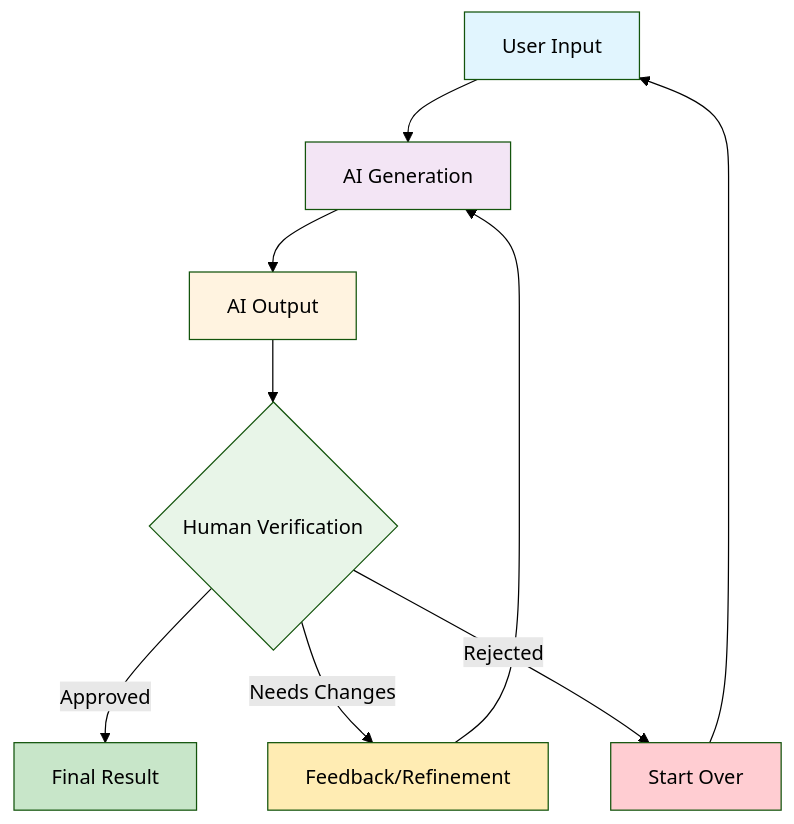
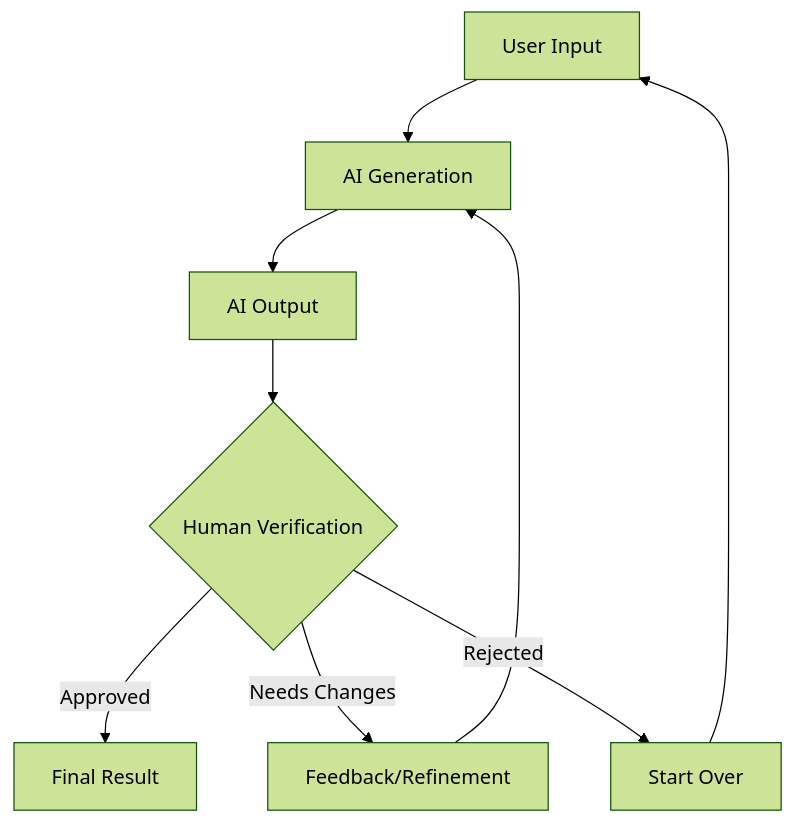
One commit to towardsai/agentic-ai-engineering-course changed the first of 8 diagrams in lessons/02_workflows_vs_agents/article.md. Above: the diagram before and after it, drawn with Mermaid (forest theme).

Commit message:
feat: Update L2

````diff
--- a/lessons/02_workflows_vs_agents/article.md
+++ b/lessons/02_workflows_vs_agents/article.md
@@ -70,19 +70,11 @@
 ```mermaid
 graph TD
     A[User Input] --> B[AI Generation];
     B --> C[AI Output];
     C --> D{Human Verification};
     D -->|Approved| E[Final Result];
     D -->|Needs Changes| F[Feedback/Refinement];
     F --> B;
     D -->|Rejected| G[Start Over];
     G --> A;
-    
-    style A fill:#e1f5fe
-    style B fill:#f3e5f5
-    style C fill:#fff3e0
-    style D fill:#e8f5e8
-    style E fill:#c8e6c9
-    style F fill:#ffecb3
-    style G fill:#ffcdd2
 ```
````
